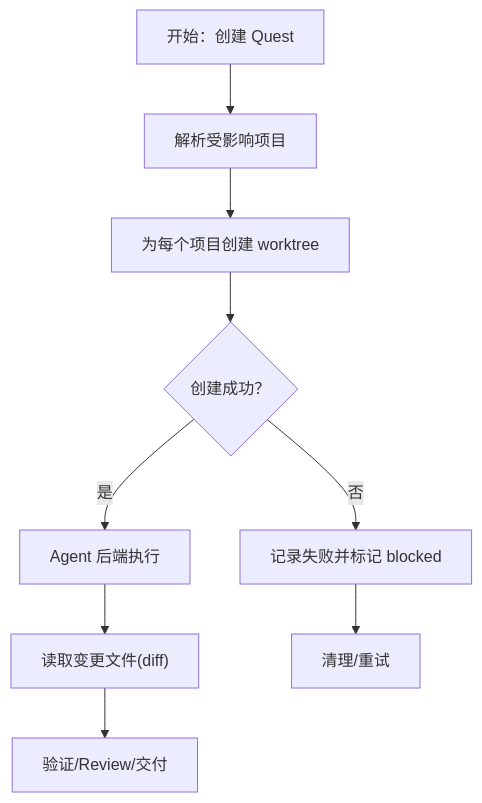
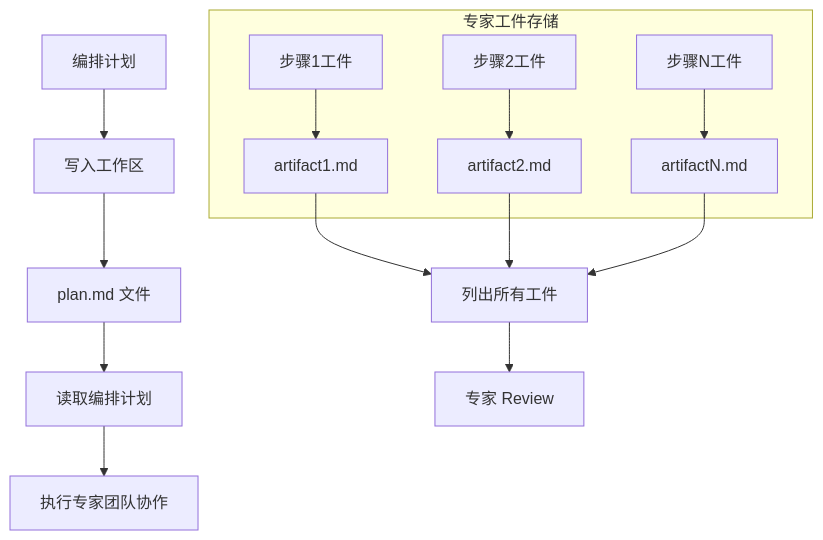
Before and after one commit to coconilu/RepoHelm: the sixth of 8 diagrams in .qoder/repowiki/zh/content/核心服务模块/任务编排流程.md, drawn with Mermaid. The commit also changed other lines of this file and 14 other files, not shown here.

````diff
--- a/.qoder/repowiki/zh/content/核心服务模块/任务编排流程.md
+++ b/.qoder/repowiki/zh/content/核心服务模块/任务编排流程.md
@@ -242,11 +285,16 @@
 ```mermaid
 flowchart TD
-A["开始：创建 Quest"] --> B["解析受影响项目"]
-B --> C["为每个项目创建 worktree"]
-C --> D{"创建成功？"}
-D -- 否 --> E["记录失败并标记 blocked"]
-D -- 是 --> F["Agent 后端执行"]
-F --> G["读取变更文件(diff)"]
-G --> H["验证/Review/交付"]
-E --> I["清理/重试"]
+Plan["编排计划"] --> WritePlan["写入工作区"]
+WritePlan --> PlanFile["plan.md 文件"]
+PlanFile --> ReadPlan["读取编排计划"]
+ReadPlan --> Execute["执行专家团队协作"]
+subgraph "专家工件存储"
+Step1["步骤1工件"] --> Artifact1["artifact1.md"]
+Step2["步骤2工件"] --> Artifact2["artifact2.md"]
+StepN["步骤N工件"] --> ArtifactN["artifactN.md"]
+end
+Artifact1 --> ListArtifacts["列出所有工件"]
+Artifact2 --> ListArtifacts
+ArtifactN --> ListArtifacts
+ListArtifacts --> Review["专家 Review"]
 ```
````
